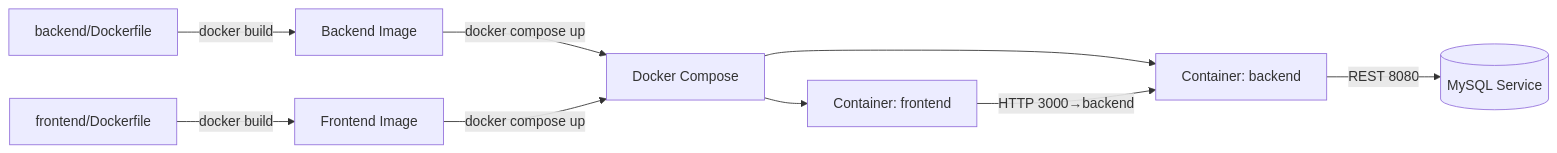
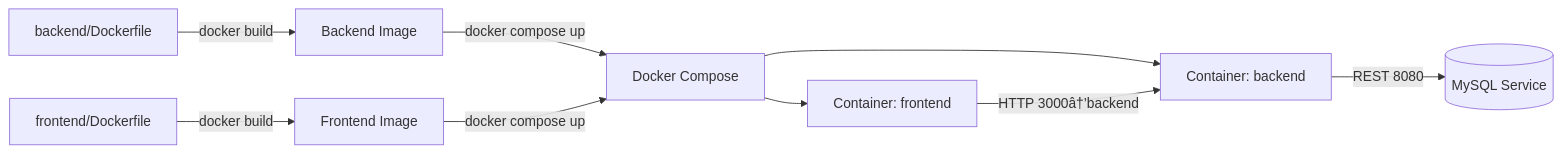
Before and after one commit to careers-umair-dev/Employee-Management: the sixth of 9 diagrams in README.md, drawn with Mermaid. The commit also changed other lines of this file and 25 other files, not shown here.

````diff
--- a/README.md
+++ b/README.md
@@ -738,11 +738,11 @@
 ```mermaid
 flowchart LR
     CodeBackend[backend/Dockerfile] -->|docker build| ImgBackend[Backend Image]
     CodeFrontend[frontend/Dockerfile] -->|docker build| ImgFrontend[Frontend Image]
     ImgBackend -->|docker compose up| Compose[Docker Compose]
     ImgFrontend -->|docker compose up| Compose
     Compose --> BackendCtr[Container: backend]
     Compose --> FrontendCtr[Container: frontend]
     BackendCtr -->|REST 8080| DB[(MySQL Service)]
-    FrontendCtr -->|HTTP 3000→backend| BackendCtr
+    FrontendCtr -->|HTTP 3000â†’backend| BackendCtr
 ```
````
